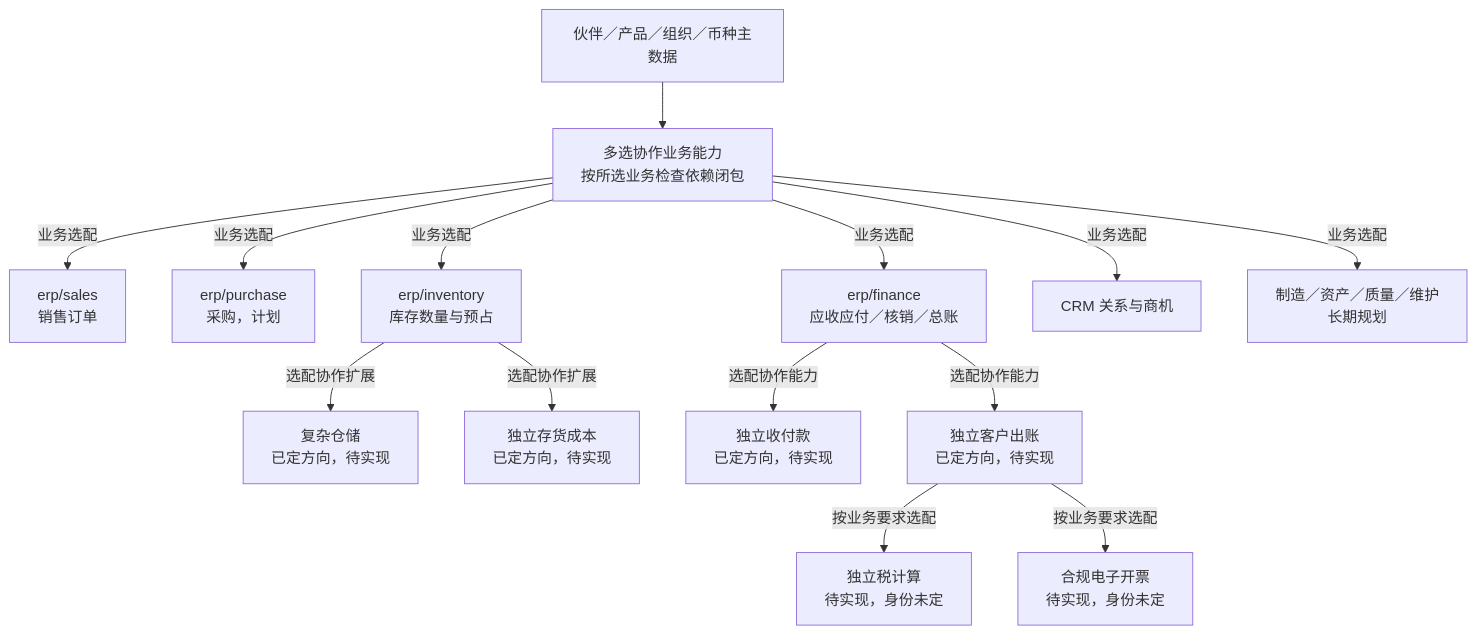
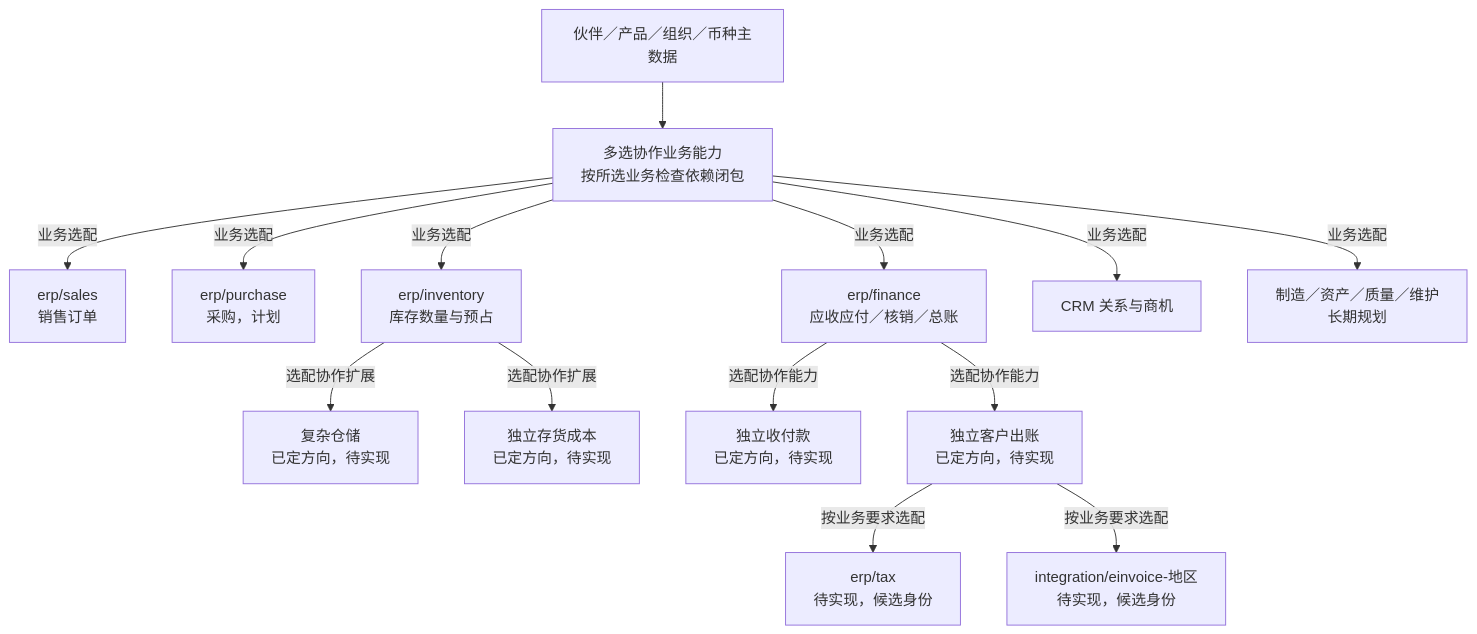
One commit to brickKit/be-assembly-standard changed the second of 3 diagrams in tempDocs/components/selection-map.md. Above: the diagram before and after it, drawn with Mermaid. The commit also changed 48 other files, not shown here.

````diff
--- a/tempDocs/components/selection-map.md
+++ b/tempDocs/components/selection-map.md
@@ -59,16 +59,16 @@
 ```mermaid
 flowchart TB
     P[伙伴／产品／组织／币种主数据] --> B[多选协作业务能力<br/>按所选业务检查依赖闭包]
     B -->|业务选配| SAL[erp/sales<br/>销售订单]
     B -->|业务选配| PUR[erp/purchase<br/>采购，计划]
     B -->|业务选配| INV[erp/inventory<br/>库存数量与预占]
     B -->|业务选配| FIN[erp/finance<br/>应收应付／核销／总账]
     B -->|业务选配| CRM[CRM 关系与商机]
     B -->|业务选配| EX[制造／资产／质量／维护<br/>长期规划]
     INV -->|选配协作扩展| W[复杂仓储<br/>已定方向，待实现]
     INV -->|选配协作扩展| CO[独立存货成本<br/>已定方向，待实现]
     FIN -->|选配协作能力| PAY[独立收付款<br/>已定方向，待实现]
     FIN -->|选配协作能力| BILL[独立客户出账<br/>已定方向，待实现]
-    BILL -->|按业务要求选配| TAX[独立税计算<br/>待实现，身份未定]
-    BILL -->|按业务要求选配| EI[合规电子开票<br/>待实现，身份未定]
+    BILL -->|按业务要求选配| TAX[erp/tax<br/>待实现，候选身份]
+    BILL -->|按业务要求选配| EI[integration/einvoice-地区<br/>待实现，候选身份]
 ```
````
